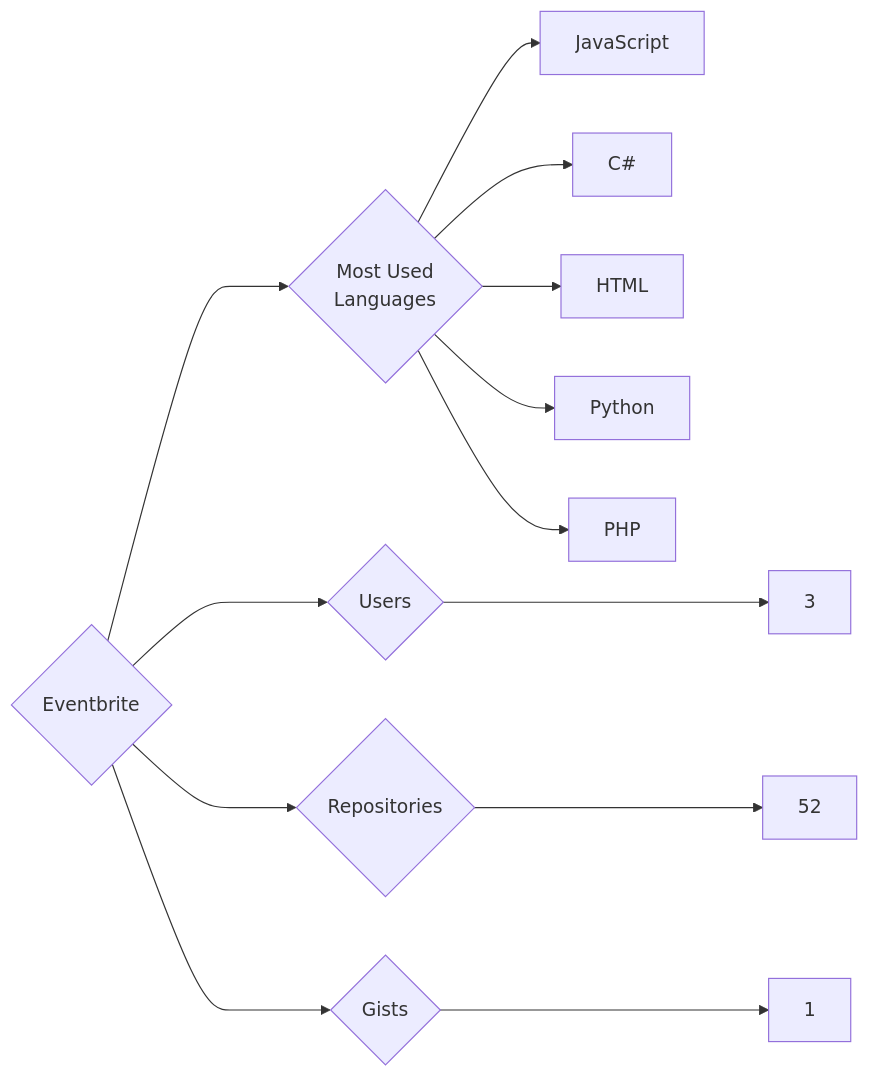
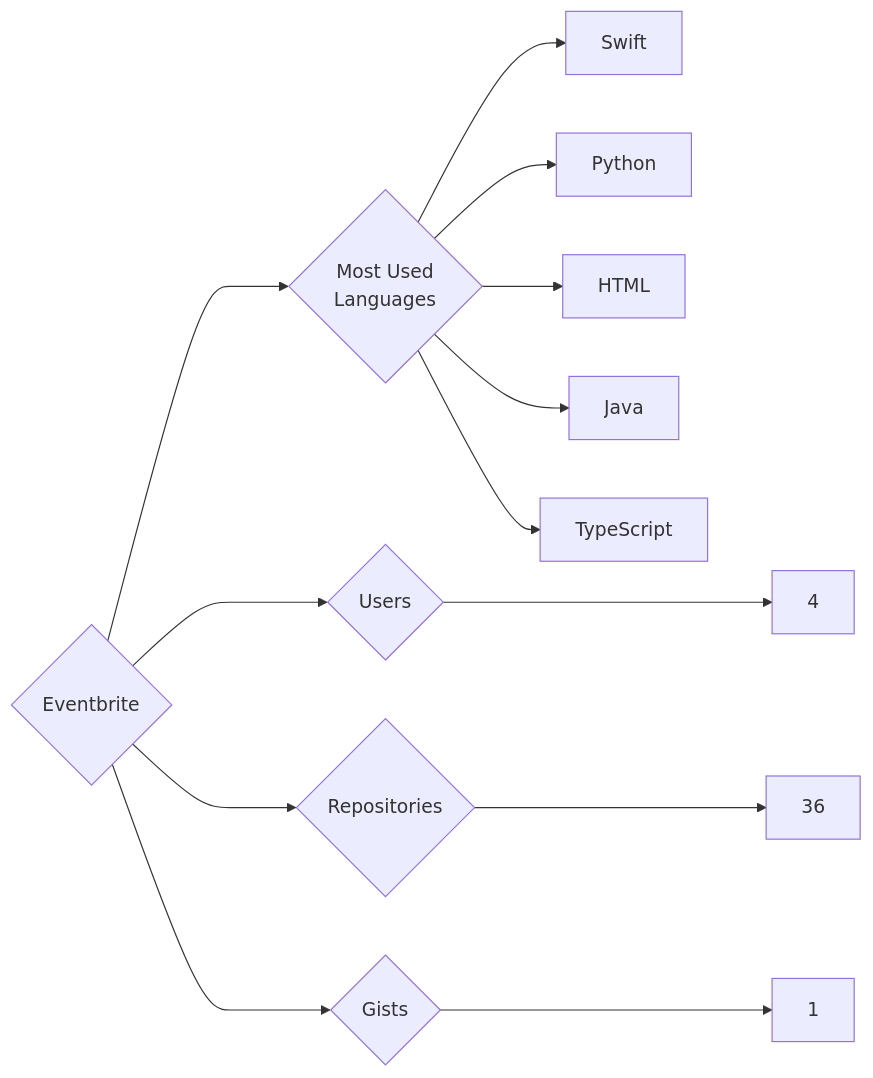
The diagram in targets/Eventbrite/README.md (trickest/insiders), drawn with Mermaid before and after one commit. The commit also changed 776 other files, not shown here.

````diff
--- a/targets/Eventbrite/README.md
+++ b/targets/Eventbrite/README.md
@@ -3,13 +3,13 @@
 ```mermaid
 graph LR
 COMPANY_NAME{Eventbrite}
-COMPANY_NAME ---> U{Users} ---> UN[3]
-COMPANY_NAME ---> R{Repositories} ---> RN[52]
+COMPANY_NAME ---> U{Users} ---> UN[4]
+COMPANY_NAME ---> R{Repositories} ---> RN[36]
 COMPANY_NAME ---> G{Gists} ---> GN[1]
 COMPANY_NAME ---> ML{Most Used<br>Languages}
-ML --> JavaScript[JavaScript]
-ML --> C#[C#]
+ML --> Swift[Swift]
+ML --> Python[Python]
 ML --> HTML[HTML]
-ML --> Python[Python]
-ML --> PHP[PHP]
+ML --> Java[Java]
+ML --> TypeScript[TypeScript]
 ```
````
